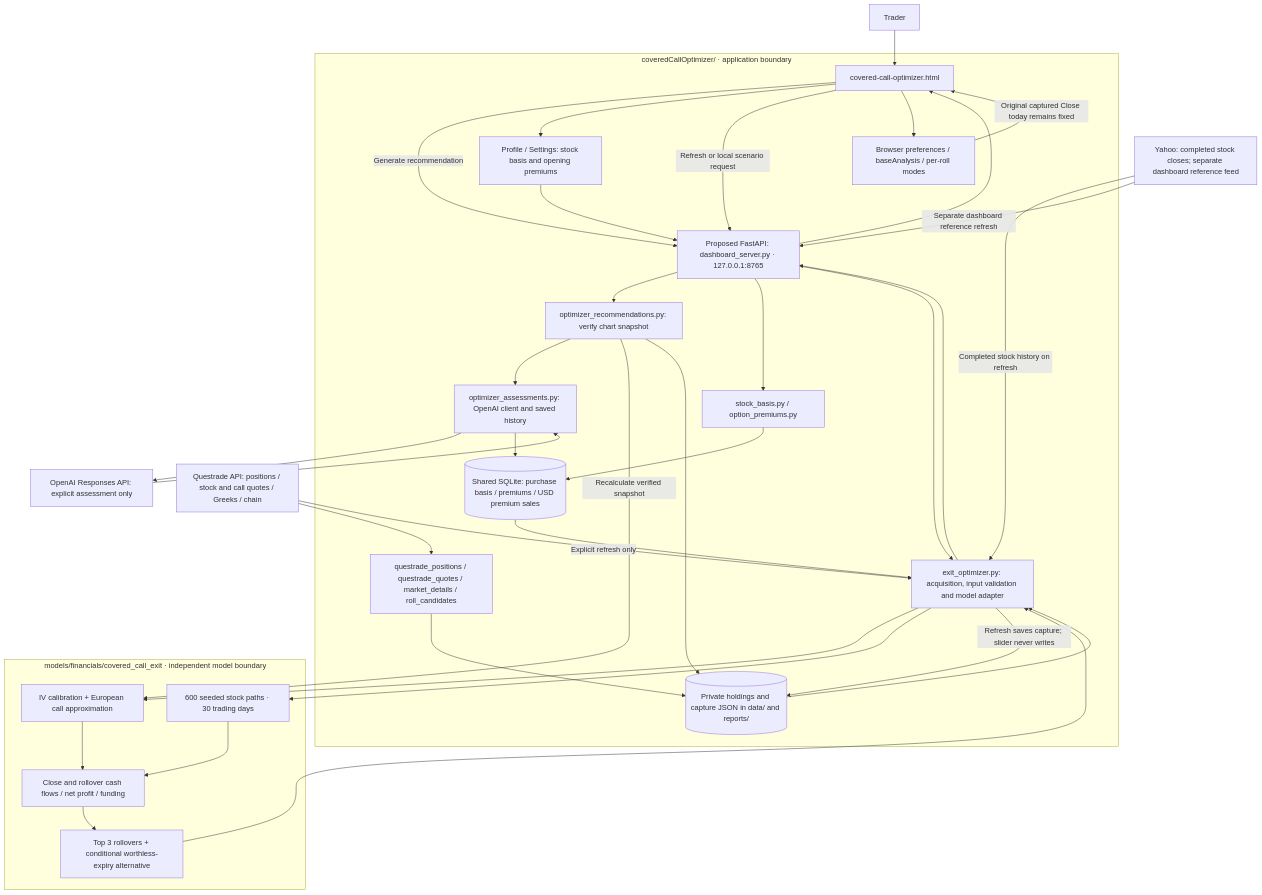
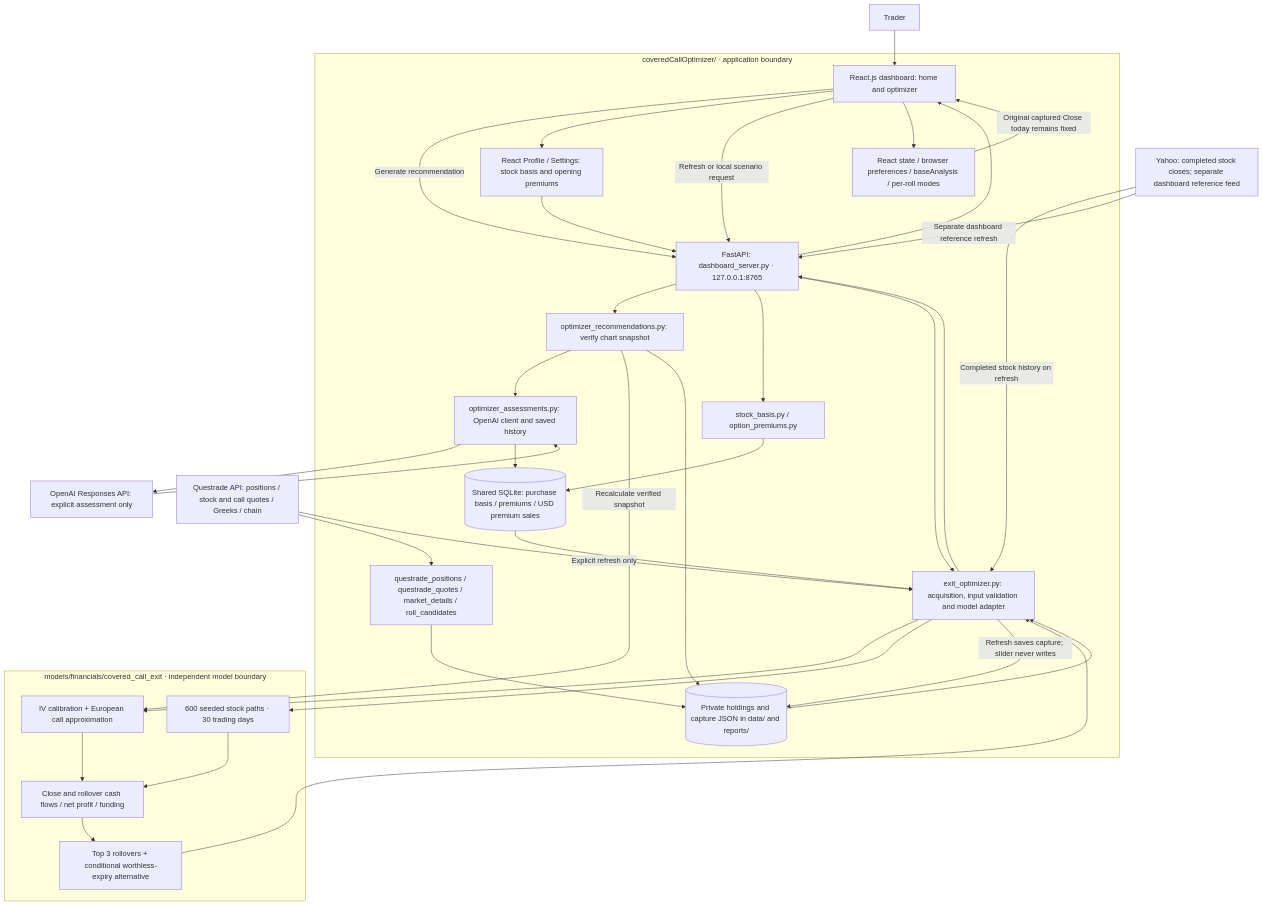
Before and after one commit to amanlig/aiMoney: the second of 4 diagrams in ARCHITECTURE.md, drawn with Mermaid. The commit also changed other lines of this file and 50 other files, not shown here.

````diff
--- a/ARCHITECTURE.md
+++ b/ARCHITECTURE.md
@@ -40,53 +84,53 @@
 ```mermaid
 flowchart TB
     User[Trader]
     Q[Questrade API: positions / stock and call quotes / Greeks / chain]
     Y[Yahoo: completed stock closes; separate dashboard reference feed]
     subgraph App["coveredCallOptimizer/ · application boundary"]
-        Server[Proposed FastAPI: dashboard_server.py · 127.0.0.1:8765]
-        Settings[Profile / Settings: stock basis and opening premiums]
-        UI[covered-call-optimizer.html]
+        Server[FastAPI: dashboard_server.py · 127.0.0.1:8765]
+        Settings[React Profile / Settings: stock basis and opening premiums]
+        UI[React.js dashboard: home and optimizer]
         Importers[questrade_positions / questrade_quotes / market_details / roll_candidates]
         Adapter[exit_optimizer.py: acquisition, input validation and model adapter]
         Basis[stock_basis.py / option_premiums.py]
         DB[(Shared SQLite: purchase basis / premiums / USD premium sales)]
         JSON[(Private holdings and capture JSON in data/ and reports/)]
-        BrowserState[Browser preferences / baseAnalysis / per-roll modes]
+        BrowserState[React state / browser preferences / baseAnalysis / per-roll modes]
         Rec[optimizer_recommendations.py: verify chart snapshot]
         Assess[optimizer_assessments.py: OpenAI client and saved history]
     end
     subgraph Models["models/financials/covered_call_exit · independent model boundary"]
         Price[IV calibration + European call approximation]
         Paths[600 seeded stock paths · 30 trading days]
         Calc[Close and rollover cash flows / net profit / funding]
         Rank[Top 3 rollovers + conditional worthless-expiry alternative]
     end
     OpenAI[OpenAI Responses API: explicit assessment only]
     UI -->|Generate recommendation| Server
     Server --> Rec --> Assess
     Rec -->|Recalculate verified snapshot| Price
     Rec --> JSON
     Assess --> OpenAI
     OpenAI --> Assess
     Assess --> DB
     User --> UI
     UI --> Settings
     Settings --> Server --> Basis --> DB
     Q --> Importers --> JSON
     UI -->|Refresh or local scenario request| Server
     Server --> Adapter
     DB --> Adapter
     JSON --> Adapter
     Q -->|Explicit refresh only| Adapter
     Y -->|Completed stock history on refresh| Adapter
     Y -->|Separate dashboard reference refresh| Server
     Adapter --> Price
     Adapter --> Paths
     Price --> Calc
     Paths --> Calc
     Calc --> Rank --> Adapter
     Adapter -->|Refresh saves capture; slider never writes| JSON
     Adapter --> Server --> UI
     UI --> BrowserState
     BrowserState -->|Original captured Close today remains fixed| UI
 ```
````
